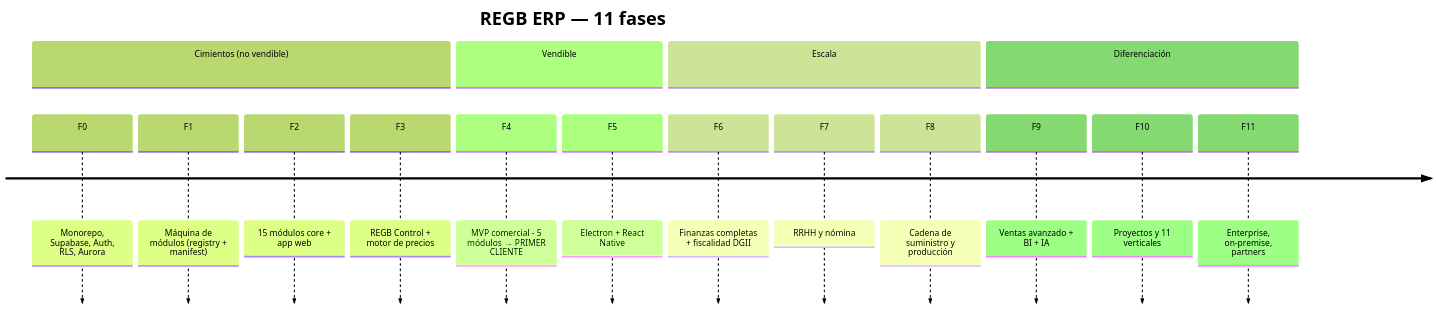
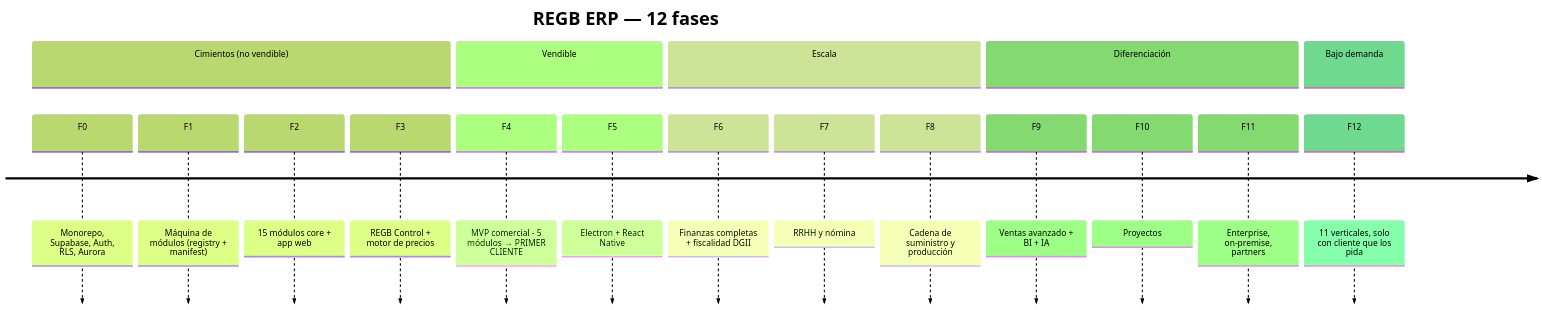
The second of 2 diagrams in docs/FASES-DE-DESARROLLO.md (RandyGrullon/REGB_ERP), drawn with Mermaid (forest theme) before and after one commit. The commit also changed other lines of this file and 3 other files, not shown here.

````diff
--- a/docs/FASES-DE-DESARROLLO.md
+++ b/docs/FASES-DE-DESARROLLO.md
@@ -67,20 +67,22 @@
 ```mermaid
 timeline
-    title REGB ERP — 11 fases
+    title REGB ERP — 12 fases
     section Cimientos (no vendible)
       F0 : Monorepo, Supabase, Auth, RLS, Aurora
       F1 : Máquina de módulos (registry + manifest)
       F2 : 15 módulos core + app web
       F3 : REGB Control + motor de precios
     section Vendible
       F4 : MVP comercial - 5 módulos → PRIMER CLIENTE
       F5 : Electron + React Native
     section Escala
       F6 : Finanzas completas + fiscalidad DGII
       F7 : RRHH y nómina
       F8 : Cadena de suministro y producción
     section Diferenciación
       F9 : Ventas avanzado + BI + IA
-      F10 : Proyectos y 11 verticales
+      F10 : Proyectos
       F11 : Enterprise, on-premise, partners
+    section Bajo demanda
+      F12 : 11 verticales, solo con cliente que los pida
 ```
````
